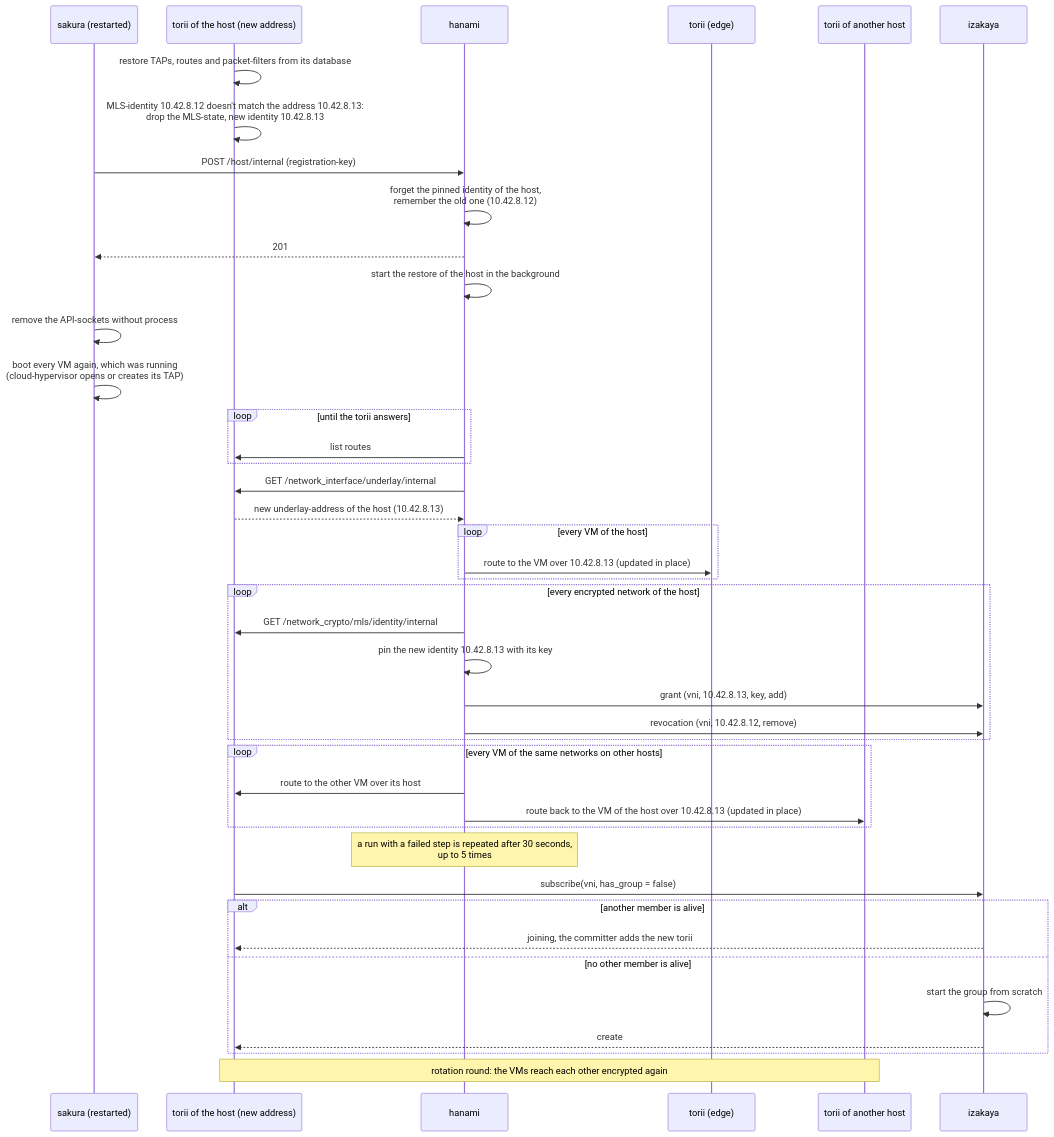
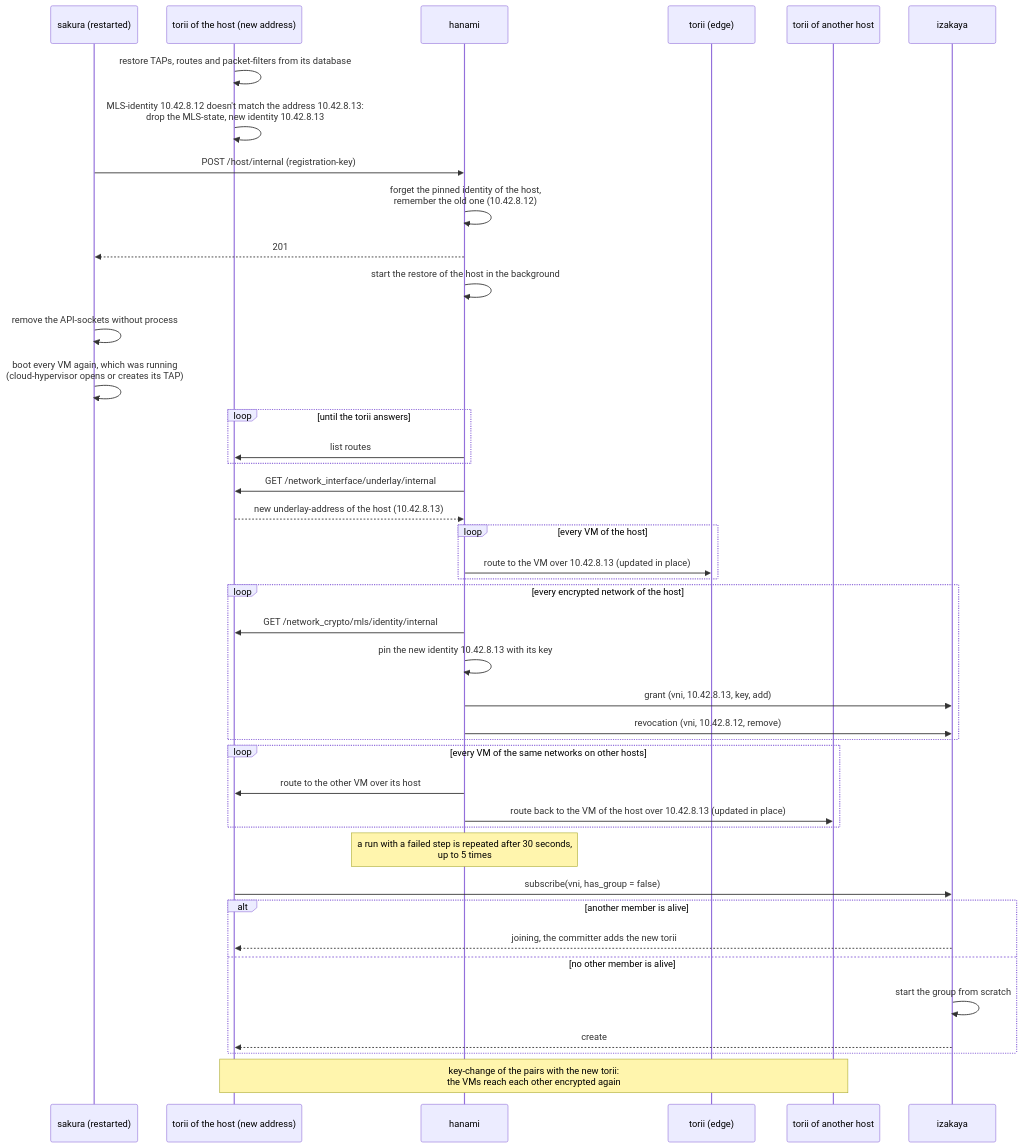
One commit to kitsudaiki/ainari changed diagram 16 of 20 in docs/developer/sequence_diagrams/network_crypto_key_exchange.md. Above: the diagram before and after it, drawn with Mermaid. The commit also changed other lines of this file and 3 other files, not shown here.

````diff
--- a/docs/developer/sequence_diagrams/network_crypto_key_exchange.md
+++ b/docs/developer/sequence_diagrams/network_crypto_key_exchange.md
@@ -527,48 +580,48 @@
 ```mermaid
 sequenceDiagram
     participant S as sakura (restarted)
     participant TN as torii of the host (new address)
     participant H as hanami
     participant E as torii (edge)
     participant TO as torii of another host
     participant I as izakaya
 
     TN->>TN: restore TAPs, routes and packet-filters from its database
     TN->>TN: MLS-identity 10.42.8.12 doesn't match the address 10.42.8.13:<br/>drop the MLS-state, new identity 10.42.8.13
     S->>H: POST /host/internal (registration-key)
     H->>H: forget the pinned identity of the host,<br/>remember the old one (10.42.8.12)
     H-->>S: 201
     H->>H: start the restore of the host in the background
 
     S->>S: remove the API-sockets without process
     S->>S: boot every VM again, which was running<br/>(cloud-hypervisor opens or creates its TAP)
 
     loop until the torii answers
         H->>TN: list routes
     end
     H->>TN: GET /network_interface/underlay/internal
     TN-->>H: new underlay-address of the host (10.42.8.13)
     loop every VM of the host
         H->>E: route to the VM over 10.42.8.13 (updated in place)
     end
     loop every encrypted network of the host
         H->>TN: GET /network_crypto/mls/identity/internal
         H->>H: pin the new identity 10.42.8.13 with its key
         H->>I: grant (vni, 10.42.8.13, key, add)
         H->>I: revocation (vni, 10.42.8.12, remove)
     end
     loop every VM of the same networks on other hosts
         H->>TN: route to the other VM over its host
         H->>TO: route back to the VM of the host over 10.42.8.13 (updated in place)
     end
     Note over H: a run with a failed step is repeated after 30 seconds,<br/>up to 5 times
 
     TN->>I: subscribe(vni, has_group = false)
     alt another member is alive
         I-->>TN: joining, the committer adds the new torii
     else no other member is alive
         I->>I: start the group from scratch
         I-->>TN: create
     end
-    Note over TN,TO: rotation round: the VMs reach each other encrypted again
+    Note over TN,TO: key-change of the pairs with the new torii:<br/>the VMs reach each other encrypted again
 ```
````
